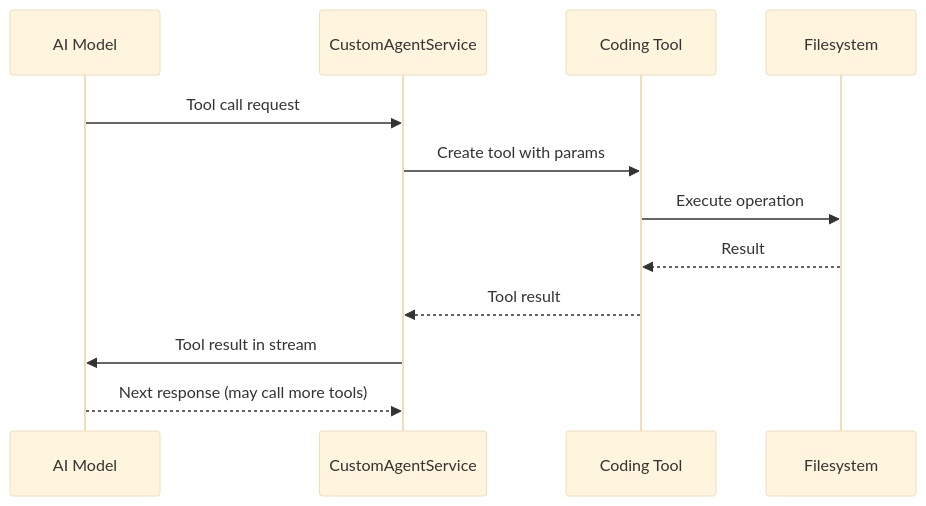
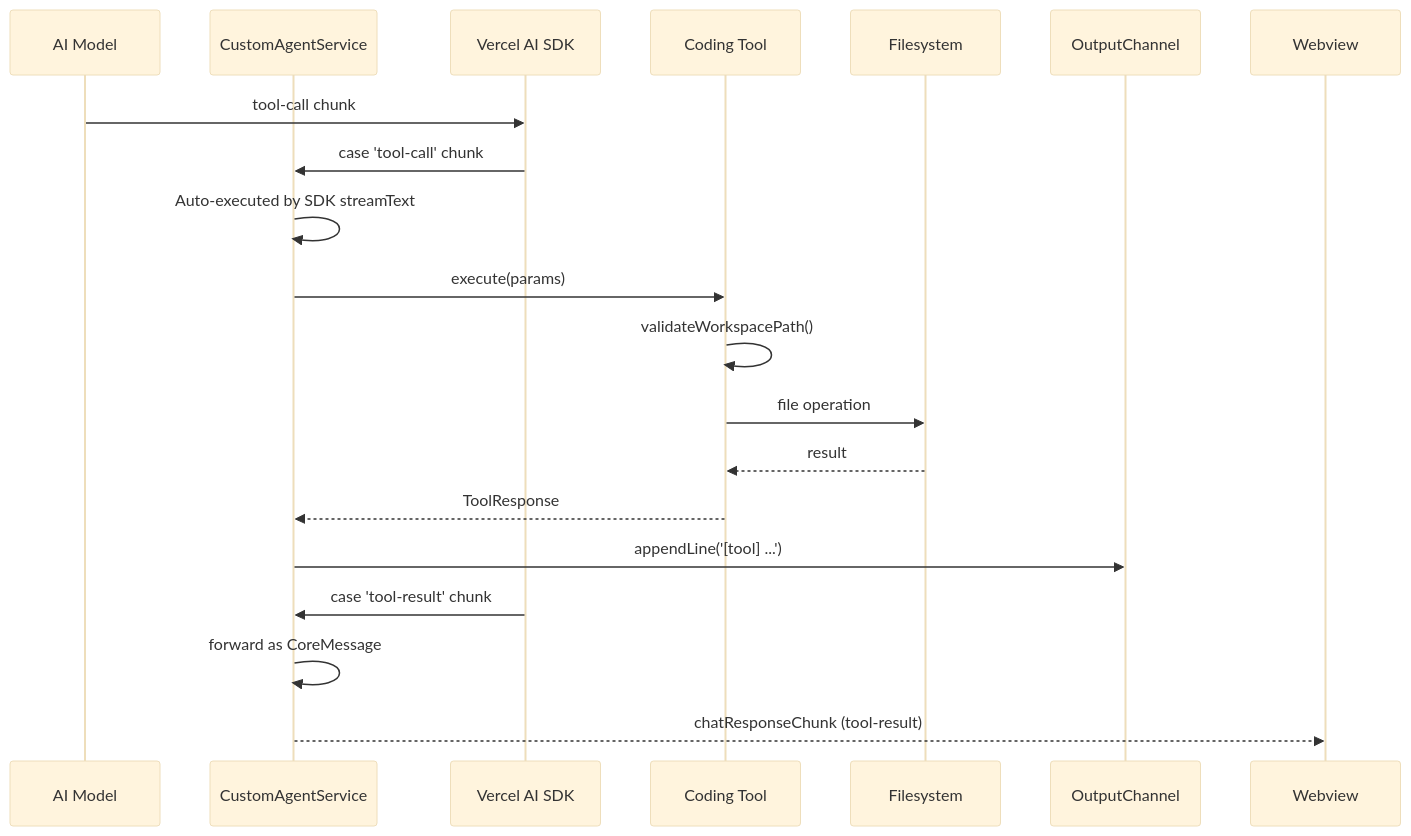
Before and after one commit to ewe-studios/explorations: the second of 2 diagrams in [src.AI]/src.superdesign/markdown/03-tools.md, drawn with Mermaid (base theme). The commit also changed other lines of this file and 29 other files, not shown here.

Commit message:
UPDATE: src.superdesign — deepened documentation to 14 docs, 20K+ words. Added missing mermaid diagrams (all docs now have 2+), verified Aha moments, grandfather review fixed command name mismatches in 05-superdesign-deep.md, added 3 new deep-dives (initialization, prompt engineering, build system).

````diff
--- a/[src.AI]/src.superdesign/markdown/03-tools.md
+++ b/[src.AI]/src.superdesign/markdown/03-tools.md
@@ -45,15 +259,22 @@
 ```mermaid
 sequenceDiagram
     participant AI as AI Model
     participant Agent as CustomAgentService
+    participant SDK as Vercel AI SDK
     participant Tool as Coding Tool
     participant FS as Filesystem
+    participant OC as OutputChannel
 
-    AI->>Agent: Tool call request
-    Agent->>Tool: Create tool with params
-    Tool->>FS: Execute operation
-    FS-->>Tool: Result
-    Tool-->>Agent: Tool result
-    Agent->>AI: Tool result in stream
-    AI-->>Agent: Next response (may call more tools)
+    AI->>SDK: tool-call chunk
+    SDK->>Agent: case 'tool-call' chunk
+    Agent->>Agent: Auto-executed by SDK streamText
+    Agent->>Tool: execute(params)
+    Tool->>Tool: validateWorkspacePath()
+    Tool->>FS: file operation
+    FS-->>Tool: result
+    Tool-->>Agent: ToolResponse
+    Agent->>OC: appendLine('[tool] ...')
+    SDK->>Agent: case 'tool-result' chunk
+    Agent->>Agent: forward as CoreMessage
+    Agent-->>Webview: chatResponseChunk (tool-result)
 ```
````
